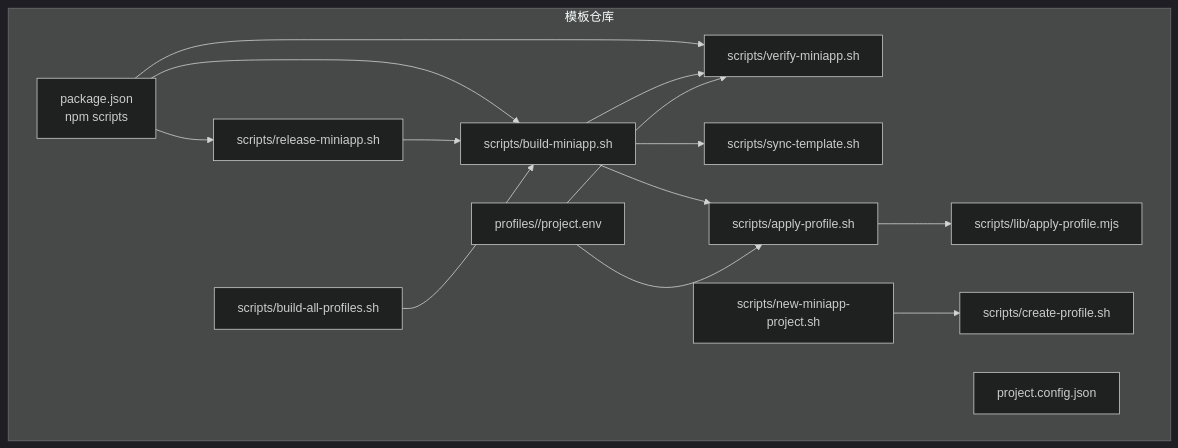
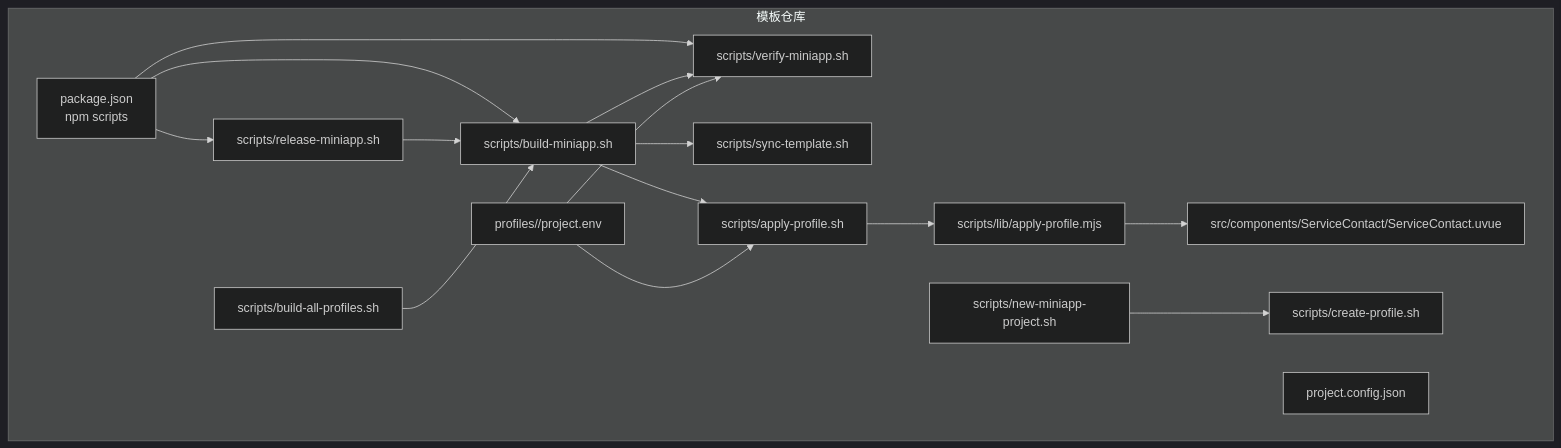
One commit to crazyma99/blueberry changed the first of 4 diagrams in .qoder/repowiki/zh/content/构建与部署/构建与部署.md. Above: the diagram before and after it, drawn with Mermaid (dark theme). The commit also changed other lines of this file and 11 other files, not shown here.

````diff
--- a/.qoder/repowiki/zh/content/构建与部署/构建与部署.md
+++ b/.qoder/repowiki/zh/content/构建与部署/构建与部署.md
@@ -52,29 +63,31 @@
 ```mermaid
 graph TB
 subgraph "模板仓库"
 P["package.json<br/>npm scripts"]
 R["project.config.json"]
 S_build["scripts/build-miniapp.sh"]
 S_verify["scripts/verify-miniapp.sh"]
 S_release["scripts/release-miniapp.sh"]
 S_sync["scripts/sync-template.sh"]
 S_apply["scripts/apply-profile.sh"]
 MJS["scripts/lib/apply-profile.mjs"]
 S_new["scripts/new-miniapp-project.sh"]
 S_create["scripts/create-profile.sh"]
 S_all["scripts/build-all-profiles.sh"]
 Prof["profiles/<key>/project.env"]
+SC["src/components/ServiceContact/ServiceContact.uvue"]
 end
 P --> S_build
 P --> S_verify
 P --> S_release
 S_build --> S_sync
 S_build --> S_apply
 S_build --> S_verify
 S_release --> S_build
 S_apply --> MJS
+MJS --> SC
 S_new --> S_create
 S_all --> S_build
 Prof --> S_apply
 Prof --> S_verify
 ```
````
